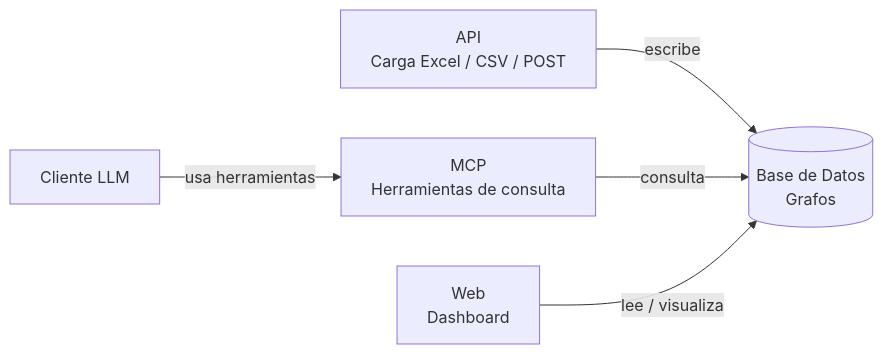
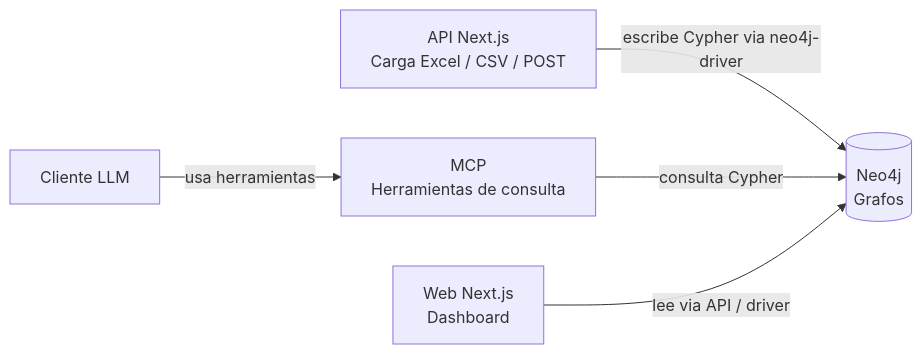
The diagram in Docs/arquitectura.md (xsismadn3ss/EggSeller), drawn with Mermaid before and after one commit. The commit also changed other lines of this file, not shown here.

Commit message:
🏗️ Definir Neo4j como base de datos de grafos en arquitectura

````diff
--- a/Docs/arquitectura.md
+++ b/Docs/arquitectura.md
@@ -18,7 +19,7 @@
 ```mermaid
 flowchart LR
-    API["API<br/>Carga Excel / CSV / POST"] -- escribe --> DB[("Base de Datos<br/>Grafos")]
-    MCP["MCP<br/>Herramientas de consulta"] -- consulta --> DB
+    API["API Next.js<br/>Carga Excel / CSV / POST"] -- escribe Cypher via neo4j-driver --> DB[("Neo4j<br/>Grafos")]
+    MCP["MCP<br/>Herramientas de consulta"] -- consulta Cypher --> DB
     LLM["Cliente LLM"] -- usa herramientas --> MCP
-    WEB["Web <br/>Dashboard"] -- lee / visualiza --> DB
+    WEB["Web Next.js<br/>Dashboard"] -- lee via API / driver --> DB
 ```
````
